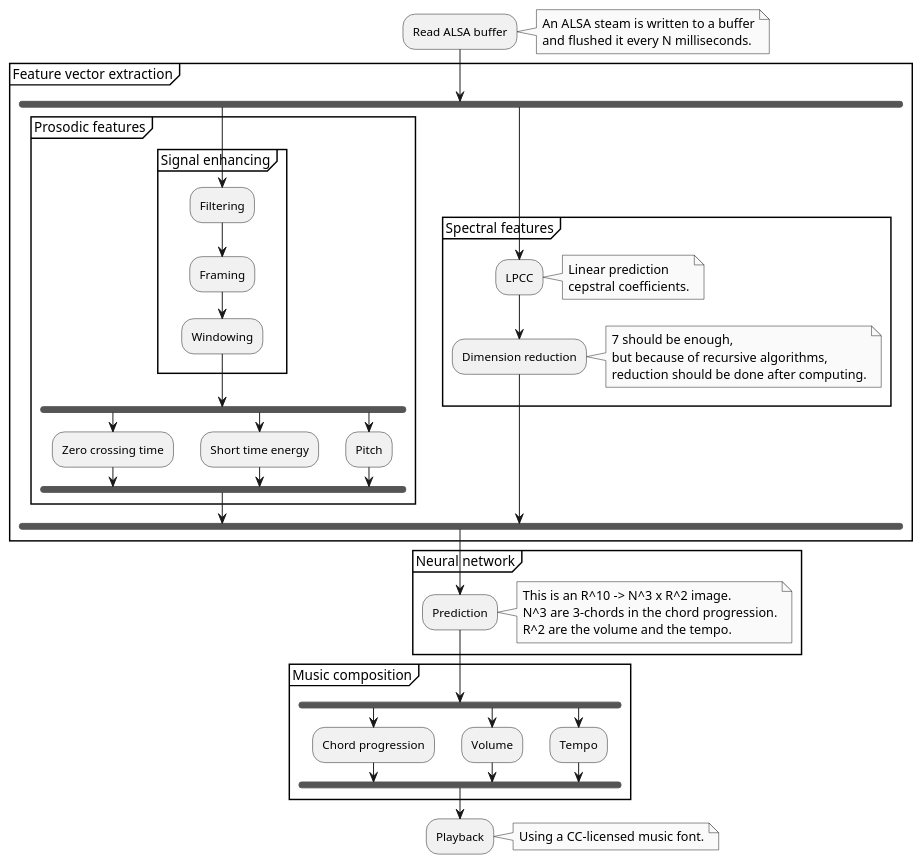
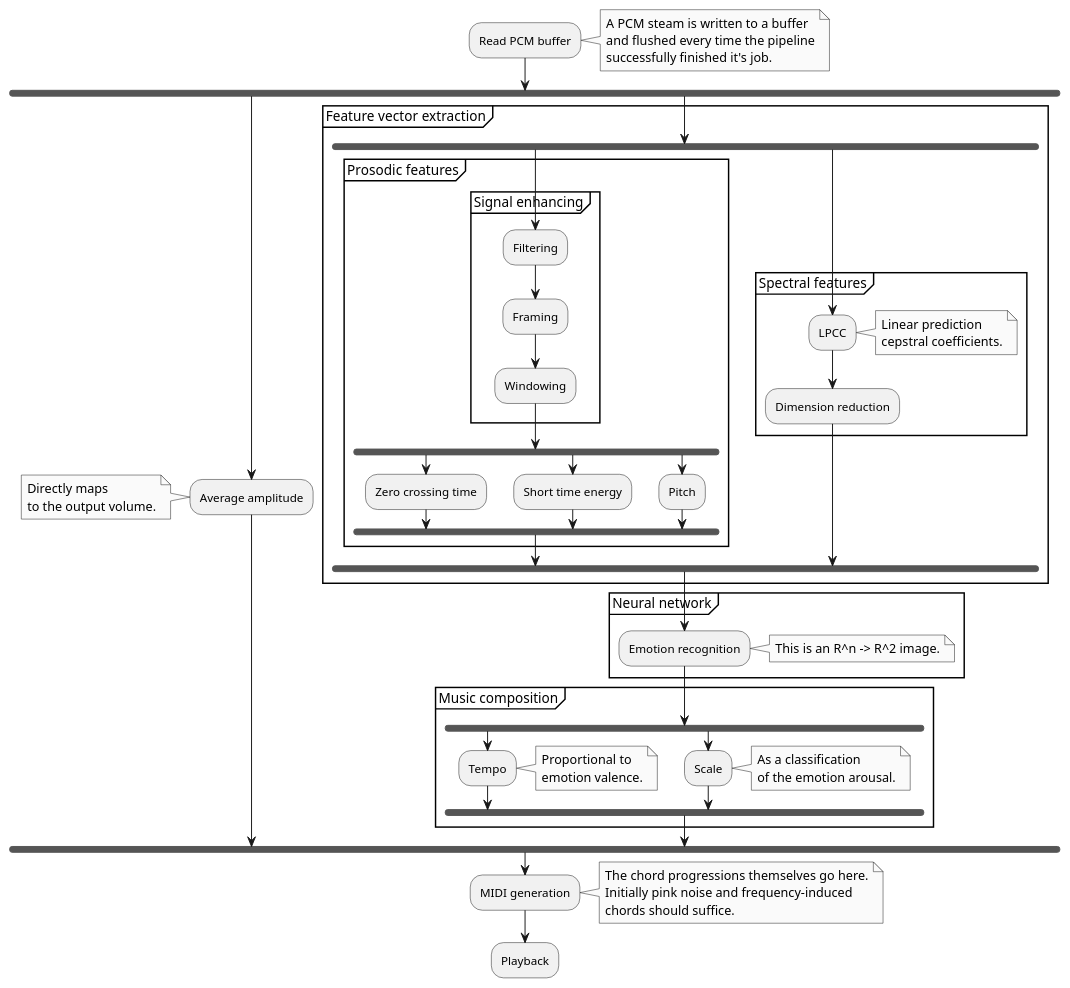
One commit to v--/serendipity changed the diagram in architecture.puml. Above: the diagram before and after it, drawn with PlantUML. The commit also changed 2 other files, not shown here.

Commit message:
[General] Updated the architecture

```diff
--- a/architecture.puml
+++ b/architecture.puml
@@ -3,78 +3,93 @@
 @startuml
 
 skinparam monochrome true
 
-:Read ALSA buffer;
+:Read PCM buffer;
 
 note right
-    An ALSA steam is written to a buffer
-    and flushed it every N milliseconds.
+    A PCM steam is written to a buffer
+    and flushed every time the pipeline
+    successfully finished it's job.
 end note
 
-partition "Feature vector extraction" {
-    fork
-        partition "Prosodic features" {
-            partition "Signal enhancing" {
-                :Filtering;
-                :Framing;
-                :Windowing;
+fork
+    :Average amplitude;
+
+    note left
+        Directly maps
+        to the output volume.
+    end note
+
+fork again
+    partition "Feature vector extraction" {
+        fork
+            partition "Prosodic features" {
+                partition "Signal enhancing" {
+                    :Filtering;
+                    :Framing;
+                    :Windowing;
+                }
+
+                fork
+                    :Zero crossing time;
+                fork again
+                    :Short time energy;
+                fork again
+                    :Pitch;
+                end fork
             }
 
-            fork
-                :Zero crossing time;
-            fork again
-                :Short time energy;
-            fork again
-                :Pitch;
-            end fork
-        }
+        fork again
+            partition "Spectral features" {
+                :LPCC;
 
+                note right
+                    Linear prediction
+                    cepstral coefficients.
+                end note
+
+                :Dimension reduction;
+            }
+
+        end fork
+    }
+
+    partition "Neural network" {
+        :Emotion recognition;
+
+        note right
+            This is an R^n -> R^2 image.
+        end note
+    }
+
+partition "Music composition" {
+    fork
+        :Tempo;
+
+        note right
+            Proportional to
+            emotion valence.
+        end note
     fork again
+        :Scale;
 
-        partition "Spectral features" {
-            :LPCC;
-
-            note right
-                Linear prediction
-                cepstral coefficients.
-            end note
-
-            :Dimension reduction;
-
-            note right
-                7 should be enough,
-                but because of recursive algorithms,
-                reduction should be done after computing.
-            end note
-        }
-
+        note right
+            As a classification
+            of the emotion arousal.
+        end note
     end fork
 }
 
-partition "Neural network" {
-    :Prediction;
+end fork
 
-    note right
-        This is an R^10 -> N^3 x R^2 image.
-        N^3 are 3-chords in the chord progression.
-        R^2 are the volume and the tempo.
-    end note
-}
+:MIDI generation;
 
-partition "Music composition" {
-    fork
-        :Chord progression;
-    fork again
-        :Volume;
-    fork again
-        :Tempo;
-    end fork
-}
+note right
+    The chord progressions themselves go here.
+    Initially pink noise and frequency-induced
+    chords should suffice.
+end note
 
 :Playback;
 
-note right
-    Using a CC-licensed music font.
-end note
-
 @enduml
```
